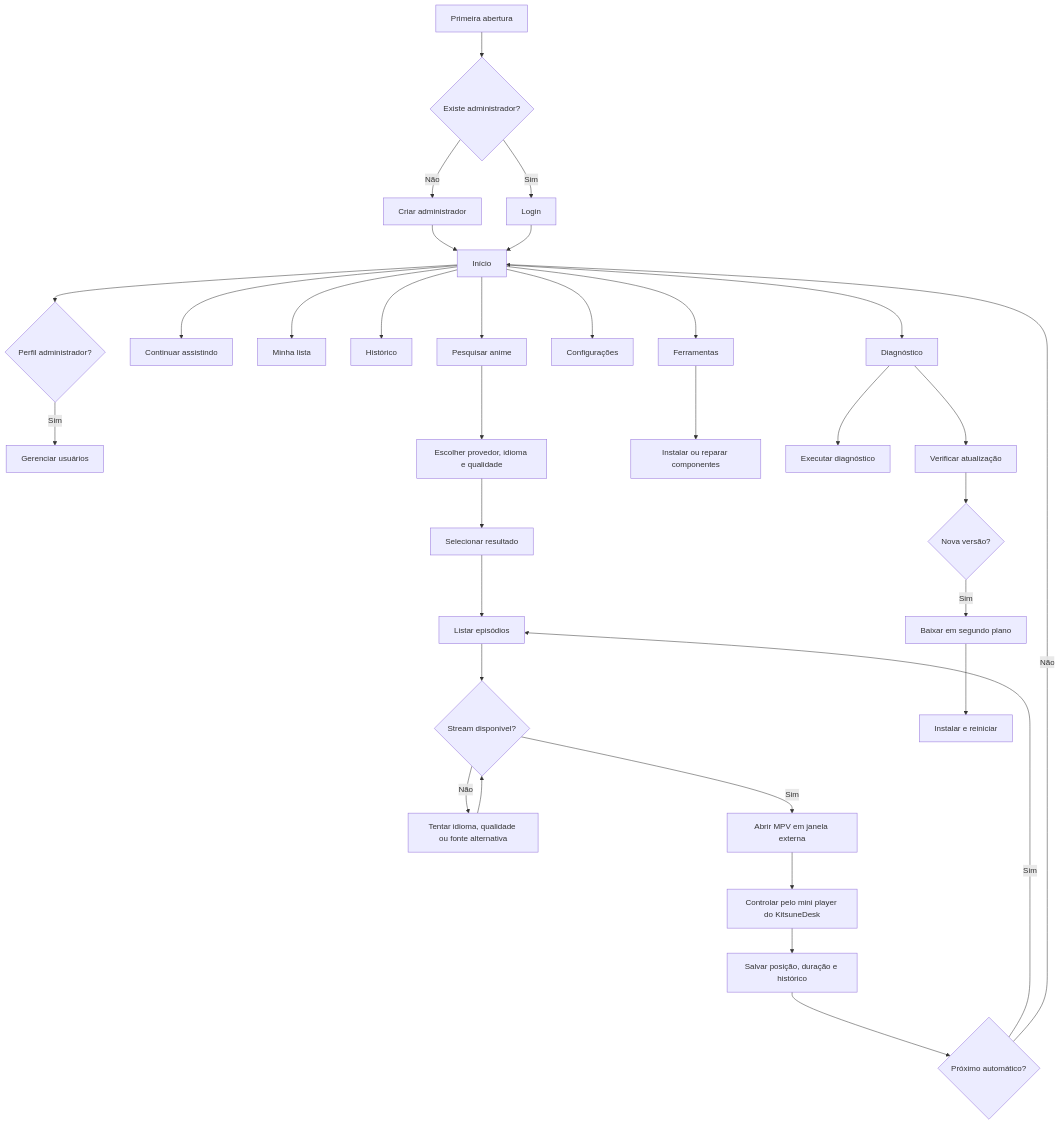
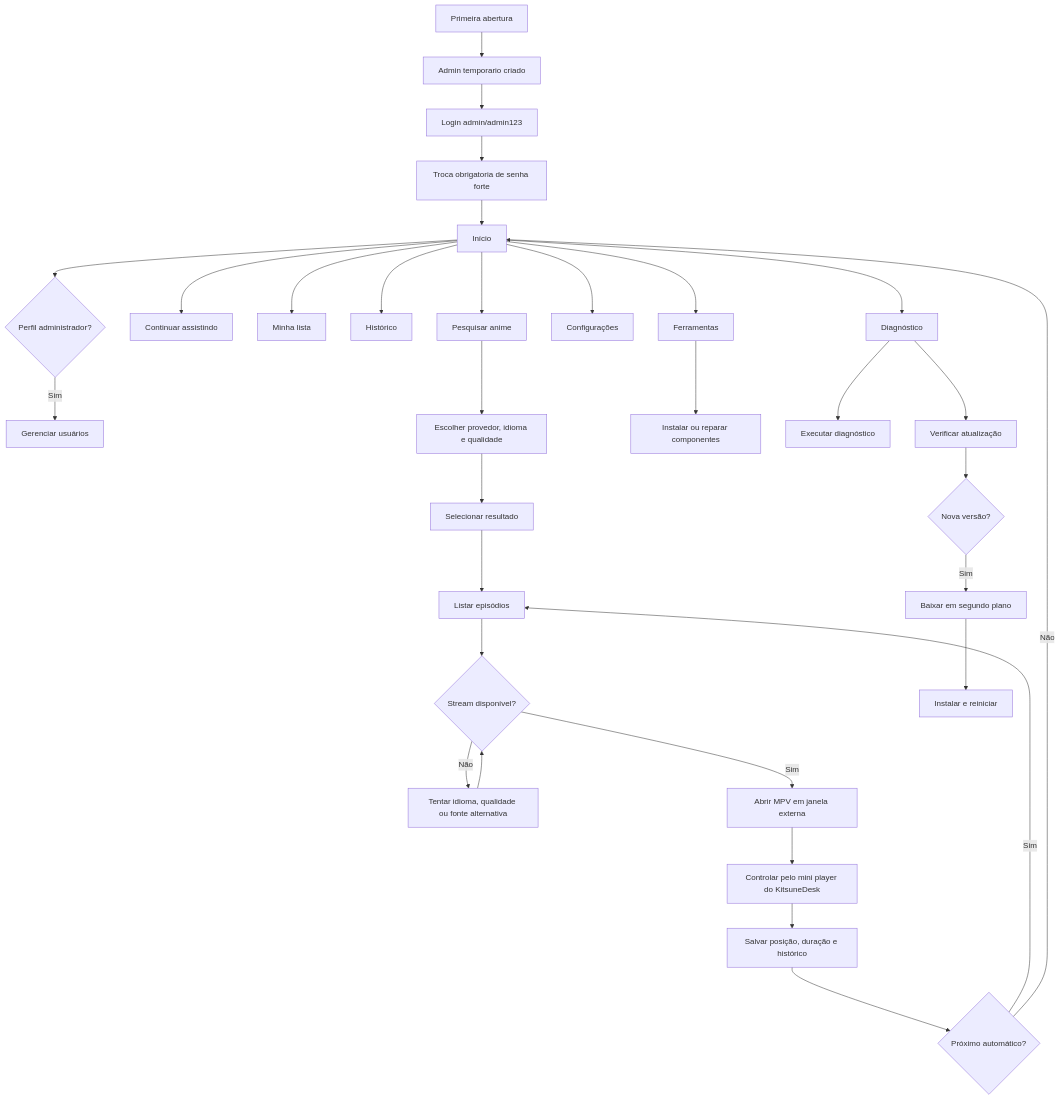
The diagram in README.md (RaphaelTW/kitsuneDesk), drawn with Mermaid before and after one commit. The commit also changed other lines of this file and 42 other files, not shown here.

````diff
--- a/README.md
+++ b/README.md
@@ -78,38 +85,37 @@
 ```mermaid
 flowchart TD
-    A[Primeira abertura] --> B{Existe administrador?}
-    B -- Não --> C[Criar administrador]
-    B -- Sim --> D[Login]
-    C --> E[Início]
-    D --> E
+    A[Primeira abertura] --> B[Admin temporario criado]
+    B --> C[Login admin/admin123]
+    C --> D[Troca obrigatoria de senha forte]
+    D --> E[Início]
 
     E --> F[Pesquisar anime]
     E --> G[Continuar assistindo]
     E --> H[Minha lista]
     E --> I[Histórico]
     E --> J[Ferramentas]
     E --> K[Configurações]
     E --> L[Diagnóstico]
     E --> M{Perfil administrador?}
     M -- Sim --> N[Gerenciar usuários]
 
     F --> O[Escolher provedor, idioma e qualidade]
     O --> P[Selecionar resultado]
     P --> Q[Listar episódios]
     Q --> R{Stream disponível?}
     R -- Não --> S[Tentar idioma, qualidade ou fonte alternativa]
     S --> R
     R -- Sim --> T[Abrir MPV em janela externa]
     T --> U[Controlar pelo mini player do KitsuneDesk]
     U --> V[Salvar posição, duração e histórico]
     V --> W{Próximo automático?}
     W -- Sim --> Q
     W -- Não --> E
 
     J --> X[Instalar ou reparar componentes]
     L --> Y[Executar diagnóstico]
     L --> Z[Verificar atualização]
     Z --> AA{Nova versão?}
     AA -- Sim --> AB[Baixar em segundo plano]
     AB --> AC[Instalar e reiniciar]
 ```
````
